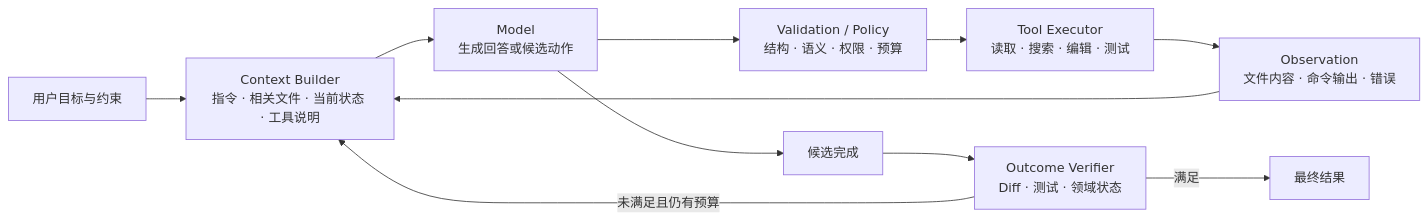
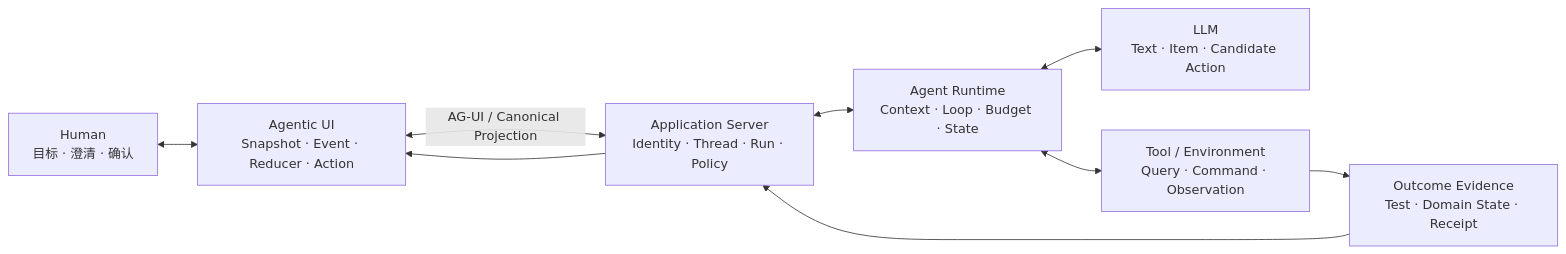
The first of 2 diagrams in site/01-导读/02-从一次Agent任务看懂系统分层.md (whatthehan/masterpiece-static-docs), drawn with Mermaid before and after one commit. The commit also changed other lines of this file and 165 other files, not shown here.

````diff
--- a/site/01-导读/02-从一次Agent任务看懂系统分层.md
+++ b/site/01-导读/02-从一次Agent任务看懂系统分层.md
@@ -9,13 +9,19 @@
 ```mermaid
 flowchart LR
-    U["用户目标与约束"] --> C["Context Builder<br/>指令 · 相关文件 · 当前状态 · 工具说明"]
-    C --> M["Model<br/>生成回答或候选动作"]
-    M --> V["Validation / Policy<br/>结构 · 语义 · 权限 · 预算"]
-    V --> T["Tool Executor<br/>读取 · 搜索 · 编辑 · 测试"]
-    T --> O["Observation<br/>文件内容 · 命令输出 · 错误"]
-    O --> C
-    M --> F["候选完成"]
-    F --> G["Outcome Verifier<br/>Diff · 测试 · 领域状态"]
-    G -->|"未满足且仍有预算"| C
-    G -->|"满足"| R["最终结果"]
+    H["Human<br/>目标 · 澄清 · 确认"]
+    UI["Agentic UI<br/>Snapshot · Event · Reducer · Action"]
+    APP["Application Server<br/>Identity · Thread · Run · Policy"]
+    RT["Agent Runtime<br/>Context · Loop · Budget · State"]
+    M["LLM<br/>Text · Item · Candidate Action"]
+    T["Tool / Environment<br/>Query · Command · Observation"]
+    O["Outcome Evidence<br/>Test · Domain State · Receipt"]
+
+    H <--> UI
+    UI <-->|"AG-UI / Canonical Projection"| APP
+    APP <--> RT
+    RT <--> M
+    RT <--> T
+    T --> O
+    O --> APP
+    APP --> UI
 ```
````
